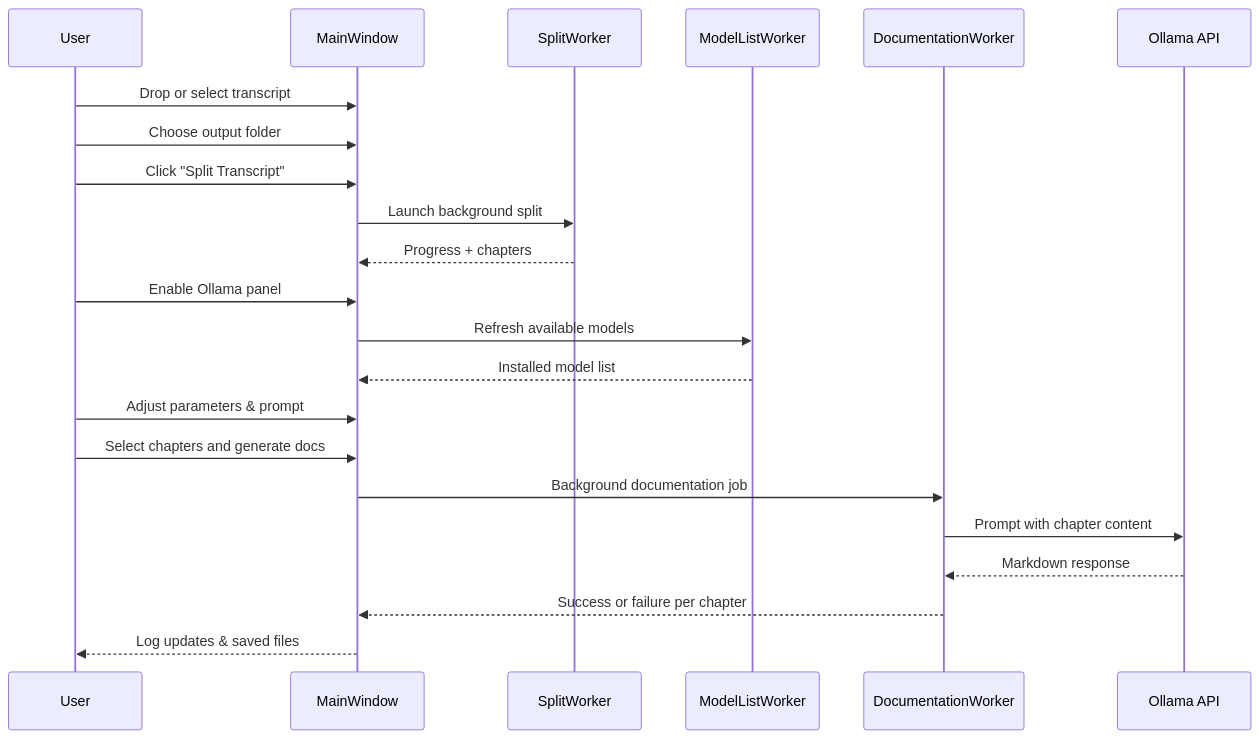
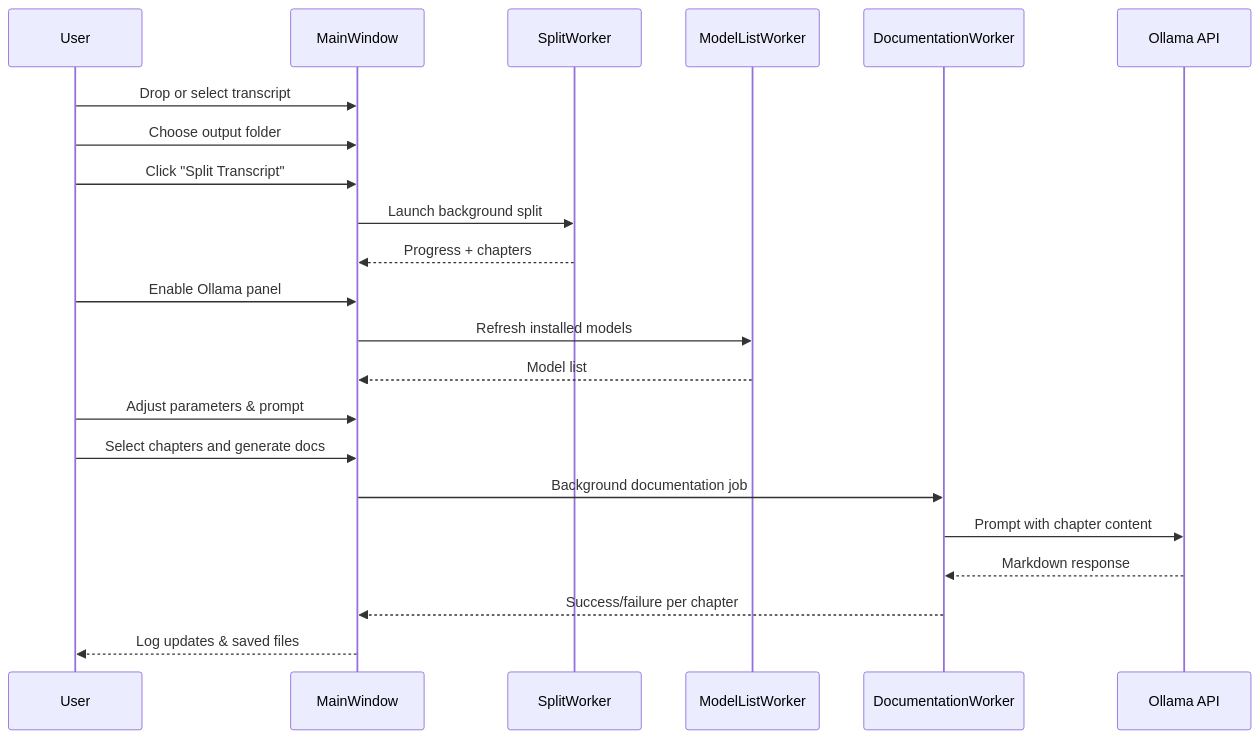
One commit to CagriCatik/Docalypt changed the second of 2 diagrams in README.md. Above: the diagram before and after it, drawn with Mermaid. The commit also changed other lines of this file and 8 other files, not shown here.

````diff
--- a/README.md
+++ b/README.md
@@ -53,25 +59,25 @@
 ```mermaid
 sequenceDiagram
     participant U as User
     participant W as MainWindow
     participant S as SplitWorker
     participant M as ModelListWorker
     participant D as DocumentationWorker
     participant O as Ollama API
 
     U->>W: Drop or select transcript
     U->>W: Choose output folder
     U->>W: Click "Split Transcript"
     W->>S: Launch background split
     S-->>W: Progress + chapters
     U->>W: Enable Ollama panel
-    W->>M: Refresh available models
-    M-->>W: Installed model list
+    W->>M: Refresh installed models
+    M-->>W: Model list
     U->>W: Adjust parameters & prompt
     U->>W: Select chapters and generate docs
     W->>D: Background documentation job
     D->>O: Prompt with chapter content
     O-->>D: Markdown response
-    D-->>W: Success or failure per chapter
+    D-->>W: Success/failure per chapter
     W-->>U: Log updates & saved files
 ```
````
